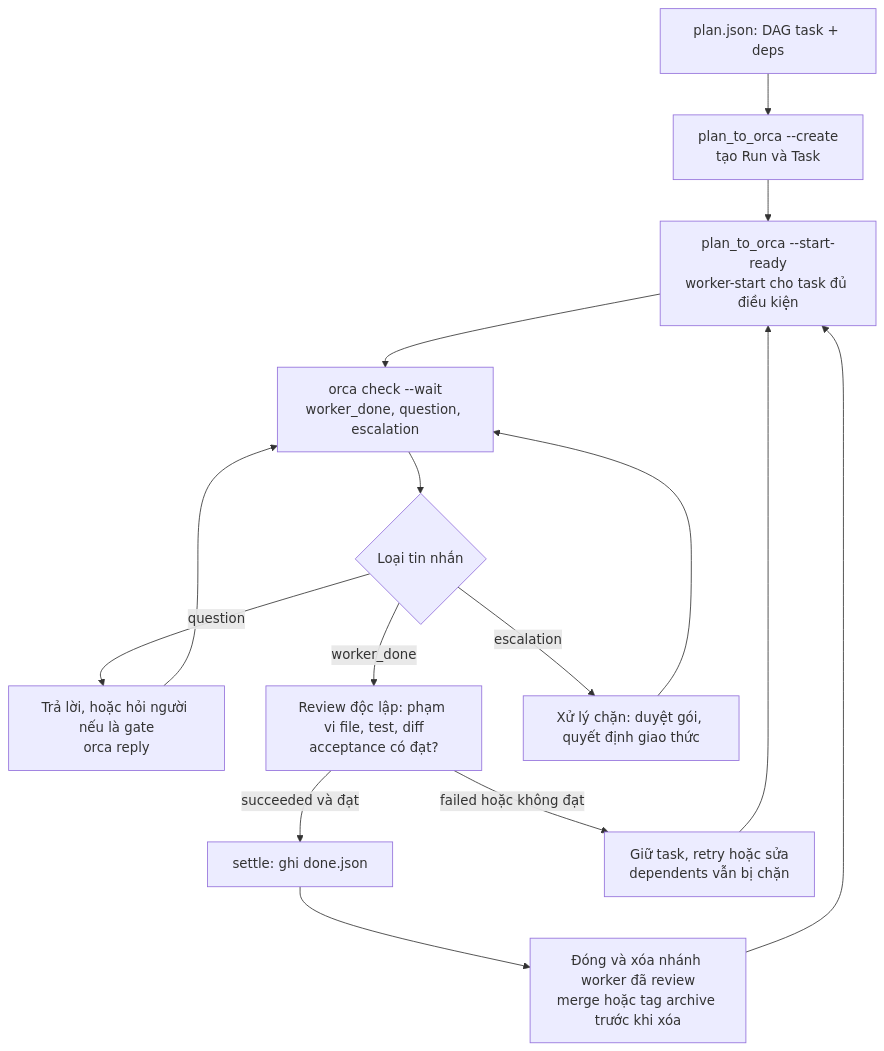
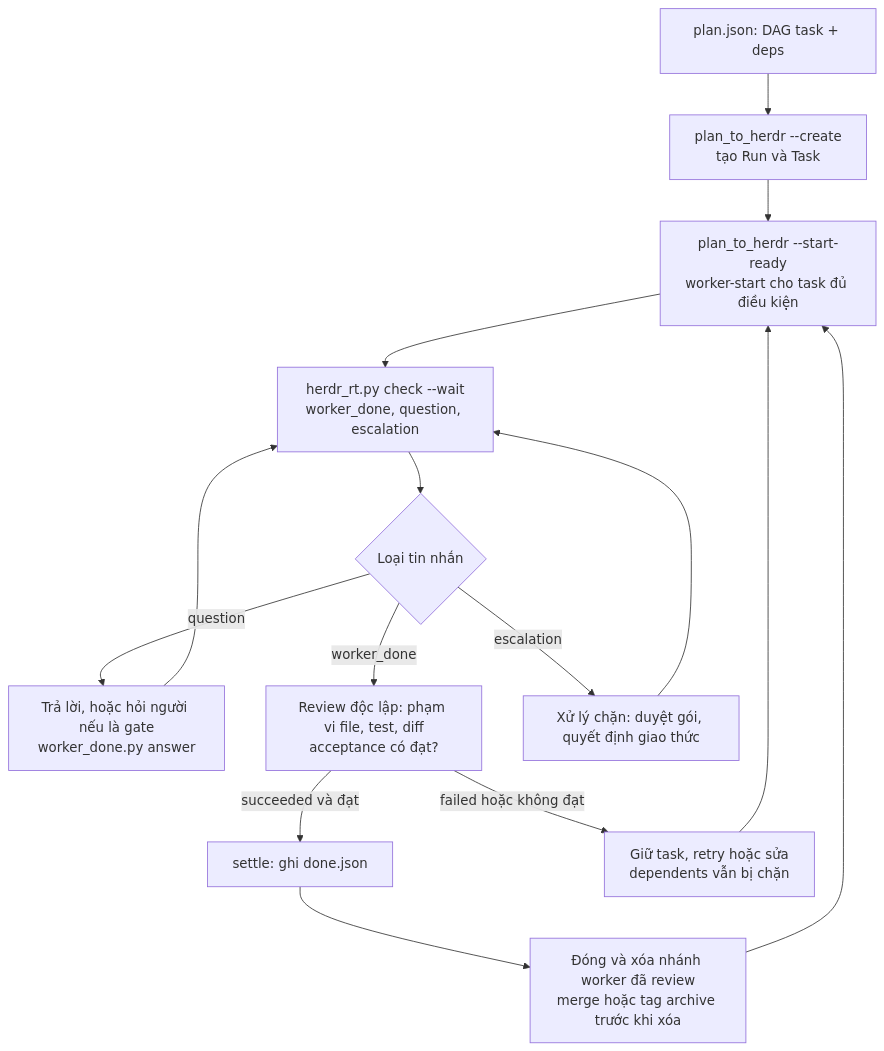
The fourth of 8 diagrams in README.md (cuongtran2203/ai-pipeline), drawn with Mermaid before and after one commit. The commit also changed other lines of this file and 87 other files, not shown here.

First line of the commit message:
1.0.0.rc: chuyen runtime Orca -> Herdr

````diff
--- a/README.md
+++ b/README.md
@@ -92,17 +101,17 @@
 ```mermaid
 flowchart TD
-    PL["plan.json: DAG task + deps"] --> CR["plan_to_orca --create<br/>tạo Run và Task"]
-    CR --> SR["plan_to_orca --start-ready<br/>worker-start cho task đủ điều kiện"]
-    SR --> CK["orca check --wait<br/>worker_done, question, escalation"]
+    PL["plan.json: DAG task + deps"] --> CR["plan_to_herdr --create<br/>tạo Run và Task"]
+    CR --> SR["plan_to_herdr --start-ready<br/>worker-start cho task đủ điều kiện"]
+    SR --> CK["herdr_rt.py check --wait<br/>worker_done, question, escalation"]
     CK --> Q{"Loại tin nhắn"}
-    Q -->|"question"| AQ["Trả lời, hoặc hỏi người nếu là gate<br/>orca reply"]
+    Q -->|"question"| AQ["Trả lời, hoặc hỏi người nếu là gate<br/>worker_done.py answer"]
     Q -->|"worker_done"| RV["Review độc lập: phạm vi file, test, diff<br/>acceptance có đạt?"]
     Q -->|"escalation"| ESC["Xử lý chặn: duyệt gói, quyết định giao thức"]
     AQ --> CK
     ESC --> CK
     RV -->|"succeeded và đạt"| DN["settle: ghi done.json"]
     RV -->|"failed hoặc không đạt"| RT["Giữ task, retry hoặc sửa<br/>dependents vẫn bị chặn"]
     RT --> SR
     DN --> BC["Đóng và xóa nhánh worker đã review<br/>merge hoặc tag archive trước khi xóa"]
     BC --> SR
 ```
````
